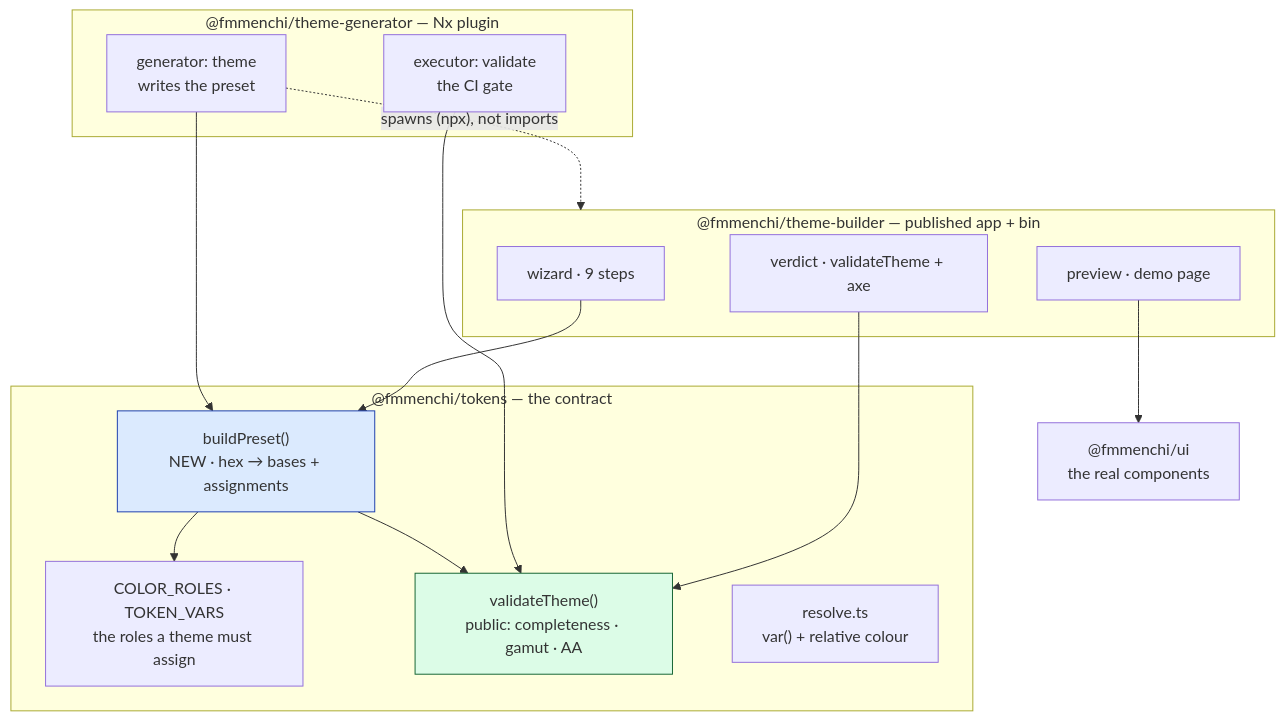
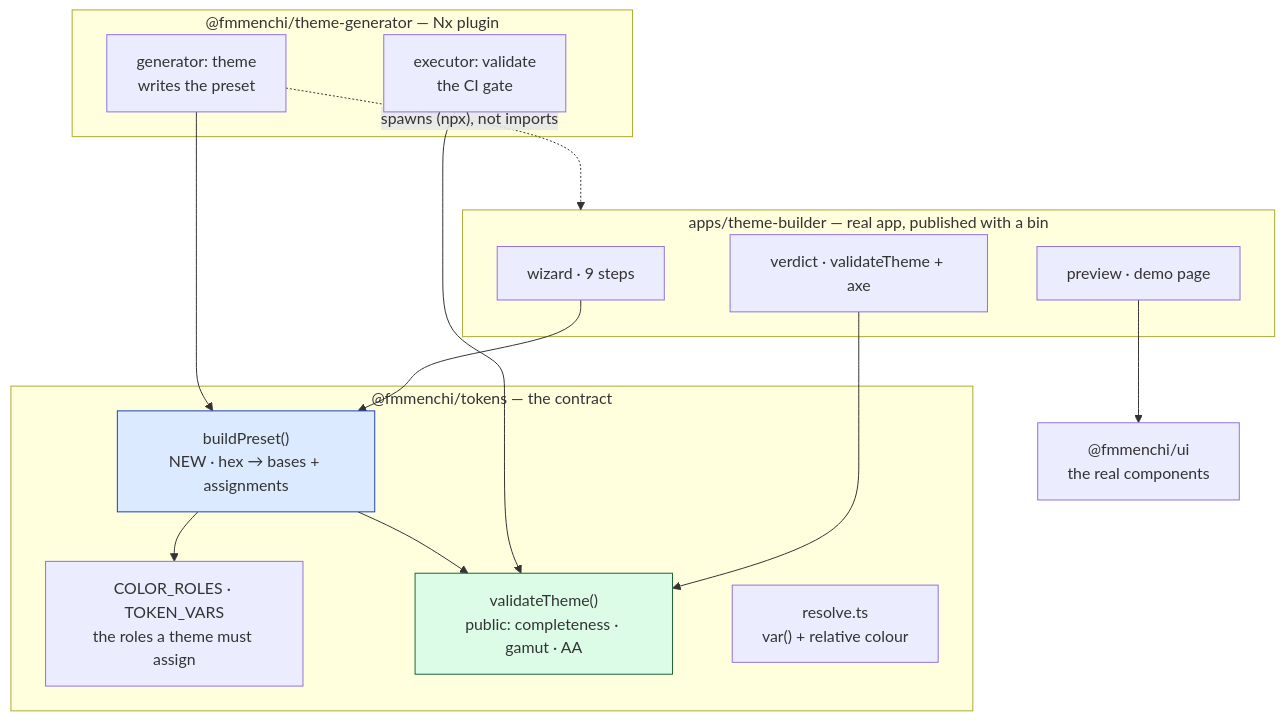
One commit to fmmenchi/shared-platform changed the first of 2 diagrams in apps/docusaurus/docs/adr/0033-theme-builder-gui.md. Above: the diagram before and after it, drawn with Mermaid. The commit also changed other lines of this file, not shown here.

````diff
--- a/apps/docusaurus/docs/adr/0033-theme-builder-gui.md
+++ b/apps/docusaurus/docs/adr/0033-theme-builder-gui.md
@@ -227,34 +256,34 @@
 ```mermaid
 graph TB
     subgraph contract["@fmmenchi/tokens — the contract"]
         roles["COLOR_ROLES · TOKEN_VARS<br/>the roles a theme must assign"]
         validate["validateTheme()<br/>public: completeness · gamut · AA"]
         resolve["resolve.ts<br/>var() + relative colour"]
         build["buildPreset()<br/>NEW · hex → bases + assignments"]
     end
 
     subgraph plugin["@fmmenchi/theme-generator — Nx plugin"]
         gen["generator: theme<br/>writes the preset"]
         exec["executor: validate<br/>the CI gate"]
     end
 
-    subgraph app["@fmmenchi/theme-builder — published app + bin"]
+    subgraph app["apps/theme-builder — real app, published with a bin"]
         wizard["wizard · 9 steps"]
         preview["preview · demo page"]
         verdict["verdict · validateTheme + axe"]
     end
 
     ui["@fmmenchi/ui<br/>the real components"]
 
     build --> roles
     build --> validate
     gen --> build
     exec --> validate
     wizard --> build
     verdict --> validate
     preview --> ui
     gen -. "spawns (npx), not imports" .-> app
 
     style build fill:#dbeafe,stroke:#1e40af
     style validate fill:#dcfce7,stroke:#166534
 ```
````
